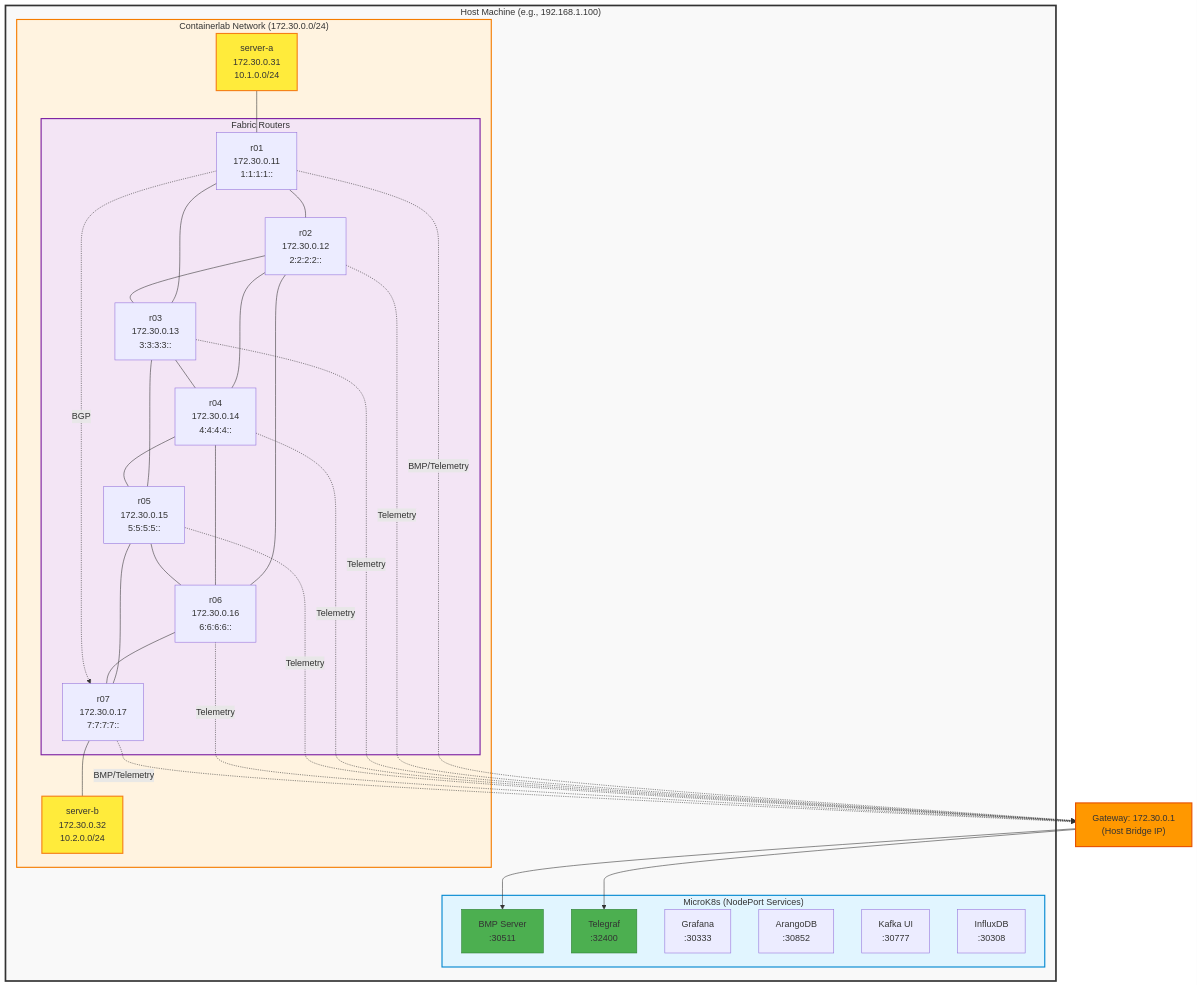
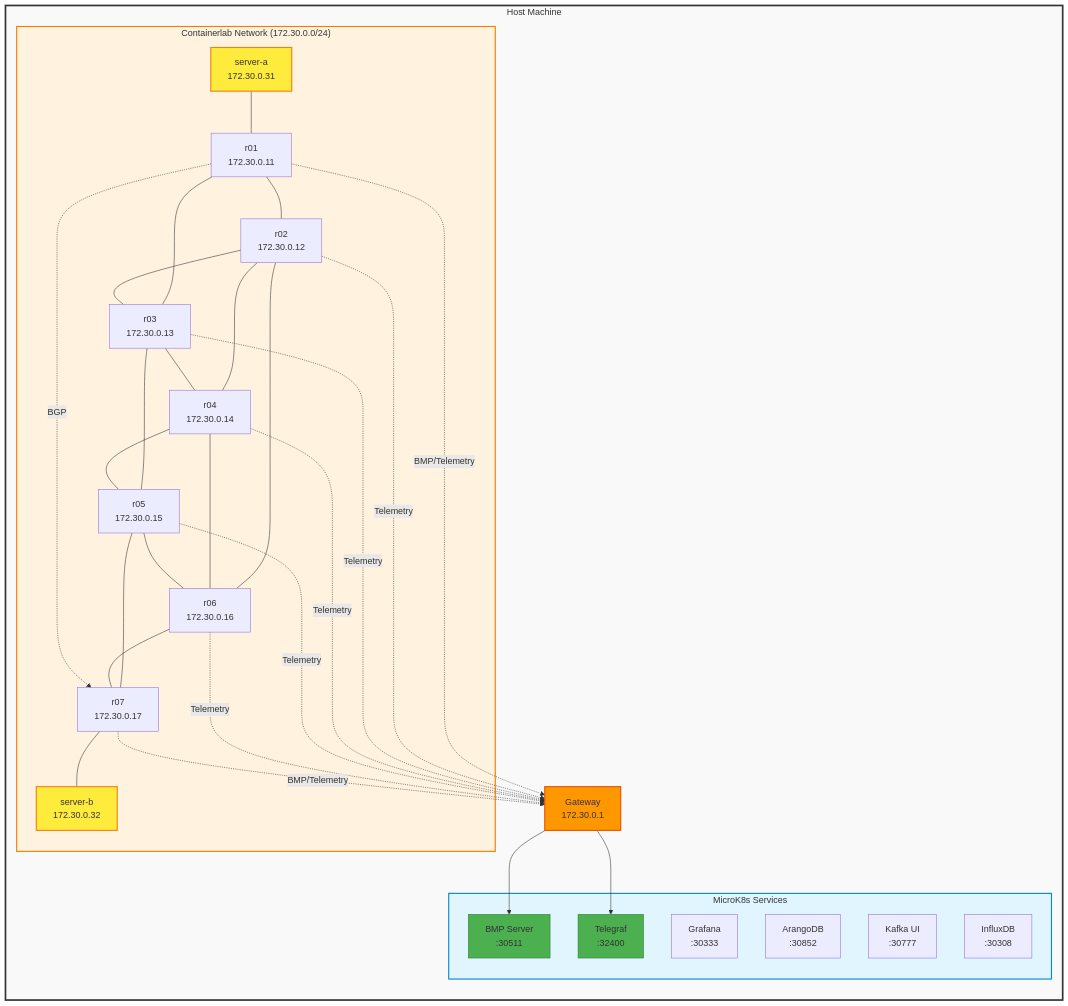
One commit to severindellsperger/jalapeno-bmp-demo changed the diagram in README.md. Above: the diagram before and after it, drawn with Mermaid. The commit also changed other lines of this file, not shown here.

First line of the commit message:
Improve Mermaid diagram readability and cleanup README

````diff
--- a/README.md
+++ b/README.md
@@ -17,71 +17,68 @@
 ```mermaid
-graph TB
-    GW["Gateway: 172.30.0.1<br/>(Host Bridge IP)"]
+graph LR
+    subgraph Host["Host Machine"]
+        GW["Gateway<br/>172.30.0.1"]
 
-    subgraph Host["Host Machine (e.g., 192.168.1.100)"]
-        subgraph K8s["MicroK8s (NodePort Services)"]
+        subgraph K8s["MicroK8s Services"]
             BMP["BMP Server<br/>:30511"]
             TEL["Telegraf<br/>:32400"]
             GRAF["Grafana<br/>:30333"]
             ARANGO["ArangoDB<br/>:30852"]
             KAFKA["Kafka UI<br/>:30777"]
             INFLUX["InfluxDB<br/>:30308"]
         end
 
         subgraph CL["Containerlab Network (172.30.0.0/24)"]
-            SA["server-a<br/>172.30.0.31<br/>10.1.0.0/24"]
-
-            subgraph Fabric["Fabric Routers"]
-                R01["r01<br/>172.30.0.11<br/>1:1:1:1::"]
-                R02["r02<br/>172.30.0.12<br/>2:2:2:2::"]
-                R03["r03<br/>172.30.0.13<br/>3:3:3:3::"]
-                R04["r04<br/>172.30.0.14<br/>4:4:4:4::"]
-                R05["r05<br/>172.30.0.15<br/>5:5:5:5::"]
-                R06["r06<br/>172.30.0.16<br/>6:6:6:6::"]
-                R07["r07<br/>172.30.0.17<br/>7:7:7:7::"]
-            end
-
-            SB["server-b<br/>172.30.0.32<br/>10.2.0.0/24"]
+            SA["server-a<br/>172.30.0.31"]
+            R01["r01<br/>172.30.0.11"]
+            R02["r02<br/>172.30.0.12"]
+            R03["r03<br/>172.30.0.13"]
+            R04["r04<br/>172.30.0.14"]
+            R05["r05<br/>172.30.0.15"]
+            R06["r06<br/>172.30.0.16"]
+            R07["r07<br/>172.30.0.17"]
+            SB["server-b<br/>172.30.0.32"]
         end
     end
 
-    %% Physical topology
+    %% Physical topology (left to right)
     SA --- R01
     R01 --- R02
     R01 --- R03
     R02 --- R03
     R02 --- R04
     R02 --- R06
     R03 --- R04
     R03 --- R05
     R04 --- R05
     R04 --- R06
     R05 --- R06
     R05 --- R07
     R06 --- R07
     R07 --- SB
 
-    %% BMP/Telemetry connections
+    %% BMP/Telemetry to Gateway
     R01 -.BMP/Telemetry.-> GW
     R02 -.Telemetry.-> GW
     R03 -.Telemetry.-> GW
     R04 -.Telemetry.-> GW
     R05 -.Telemetry.-> GW
     R06 -.Telemetry.-> GW
     R07 -.BMP/Telemetry.-> GW
+
+    %% Gateway to Services
     GW --> BMP
     GW --> TEL
 
     %% BGP peering
     R01 -.BGP.-> R07
 
     style Host fill:#f9f9f9,stroke:#333,stroke-width:3px
     style K8s fill:#e1f5ff,stroke:#0288d1,stroke-width:2px
     style CL fill:#fff3e0,stroke:#f57c00,stroke-width:2px
-    style Fabric fill:#f3e5f5,stroke:#7b1fa2,stroke-width:2px
     style BMP fill:#4caf50,stroke:#2e7d32
     style TEL fill:#4caf50,stroke:#2e7d32
     style GW fill:#ff9800,stroke:#e65100,stroke-width:2px
     style SA fill:#ffeb3b,stroke:#f57f17,stroke-width:2px
     style SB fill:#ffeb3b,stroke:#f57f17,stroke-width:2px
 ```
````
